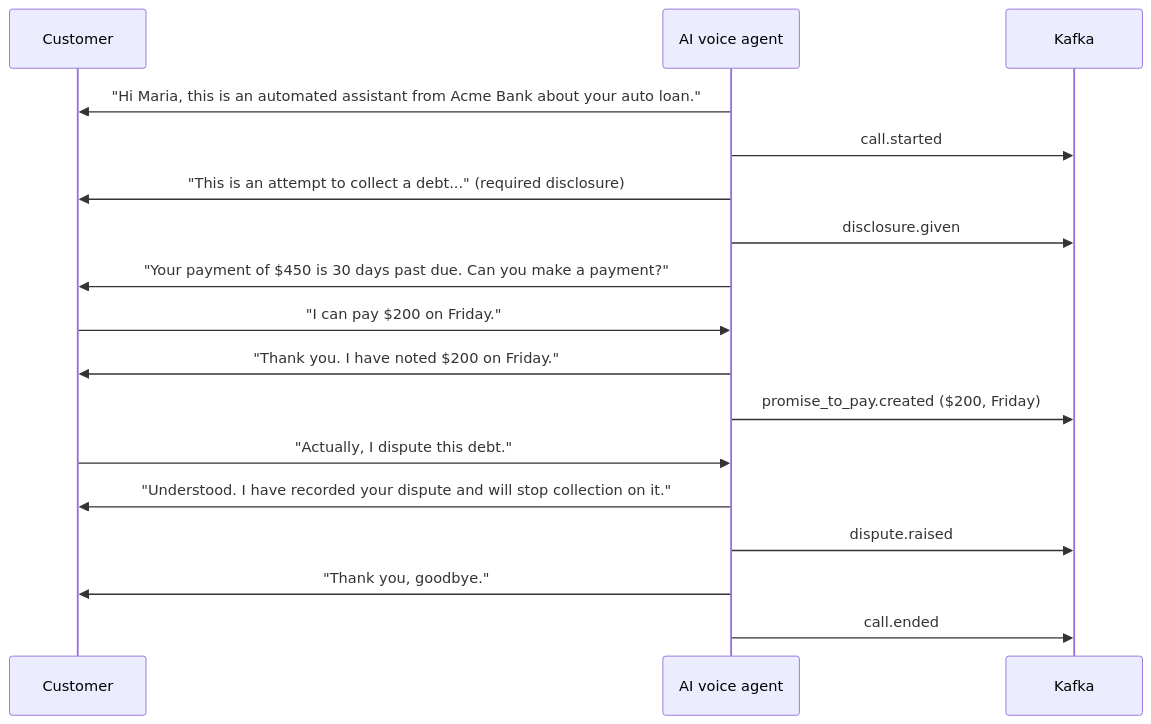
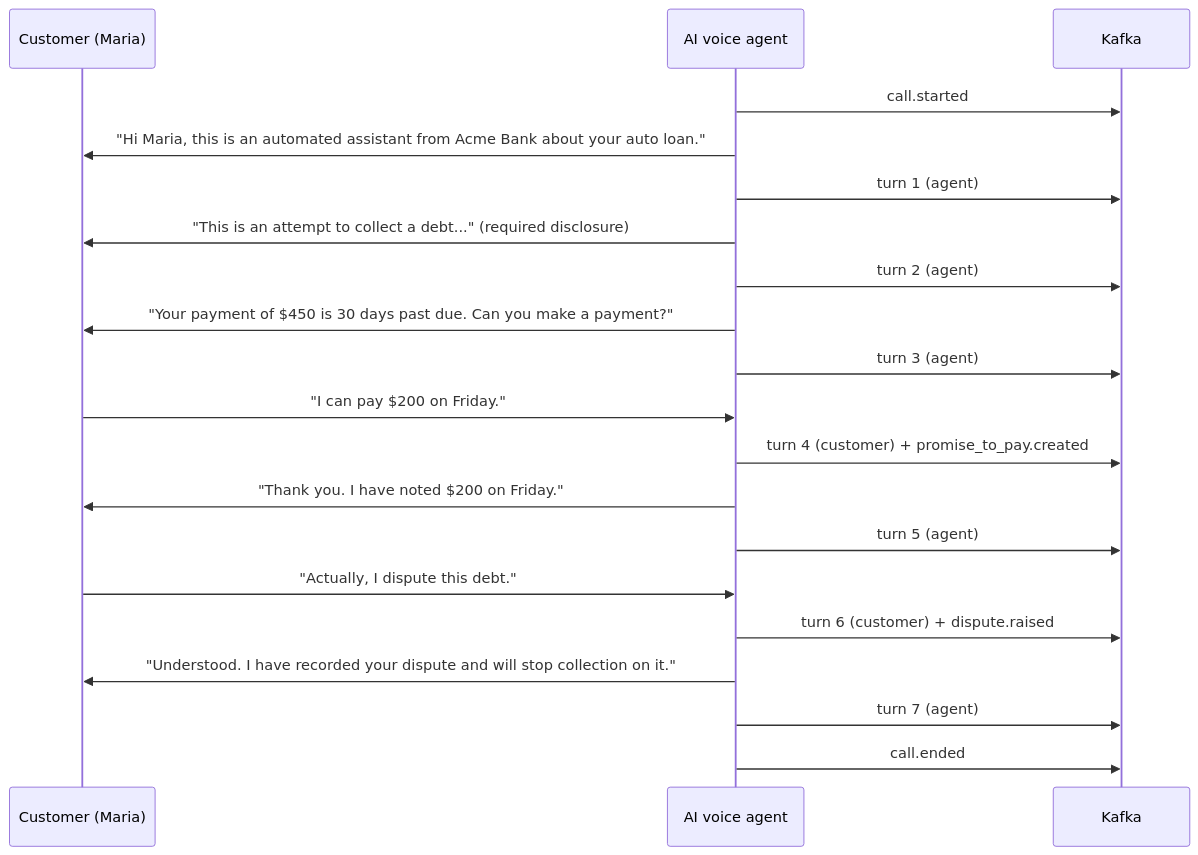
One commit to eresh-thekbr/multi-tenant-streaming changed the second of 5 diagrams in docs/problem-statement.md. Above: the diagram before and after it, drawn with Mermaid. The commit also changed other lines of this file, not shown here.

Commit message:
Publish every conversation turn to Kafka; call only past-due customers

````diff
--- a/docs/problem-statement.md
+++ b/docs/problem-statement.md
@@ -77,19 +82,22 @@
 ```mermaid
 sequenceDiagram
-    participant C as Customer
+    participant C as Customer (Maria)
     participant V as AI voice agent
     participant K as Kafka
+    V->>K: call.started
     V->>C: "Hi Maria, this is an automated assistant from Acme Bank about your auto loan."
-    V->>K: call.started
+    V->>K: turn 1 (agent)
     V->>C: "This is an attempt to collect a debt..." (required disclosure)
-    V->>K: disclosure.given
+    V->>K: turn 2 (agent)
     V->>C: "Your payment of $450 is 30 days past due. Can you make a payment?"
+    V->>K: turn 3 (agent)
     C->>V: "I can pay $200 on Friday."
+    V->>K: turn 4 (customer) + promise_to_pay.created
     V->>C: "Thank you. I have noted $200 on Friday."
-    V->>K: promise_to_pay.created ($200, Friday)
+    V->>K: turn 5 (agent)
     C->>V: "Actually, I dispute this debt."
+    V->>K: turn 6 (customer) + dispute.raised
     V->>C: "Understood. I have recorded your dispute and will stop collection on it."
-    V->>K: dispute.raised
-    V->>C: "Thank you, goodbye."
+    V->>K: turn 7 (agent)
     V->>K: call.ended
 ```
````
